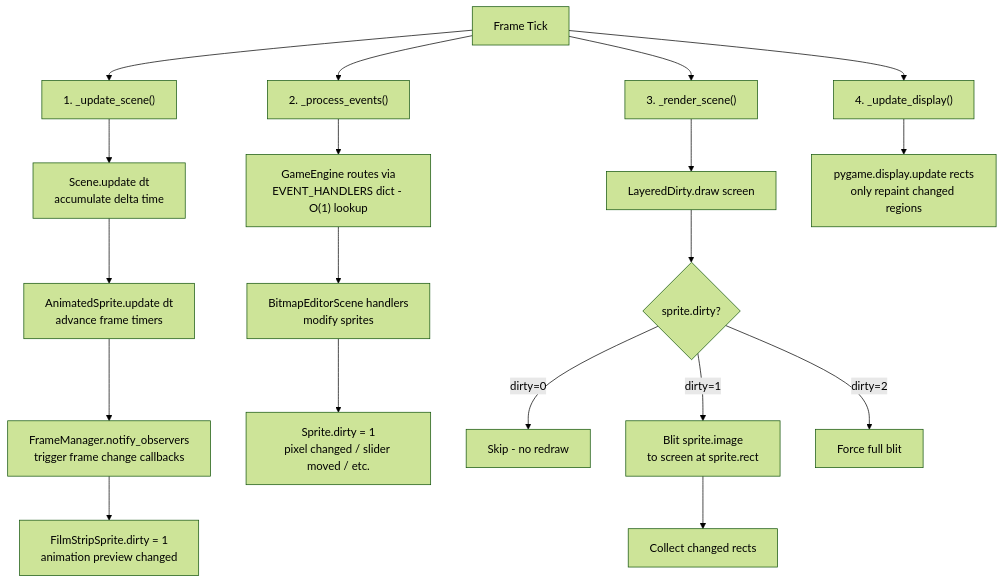
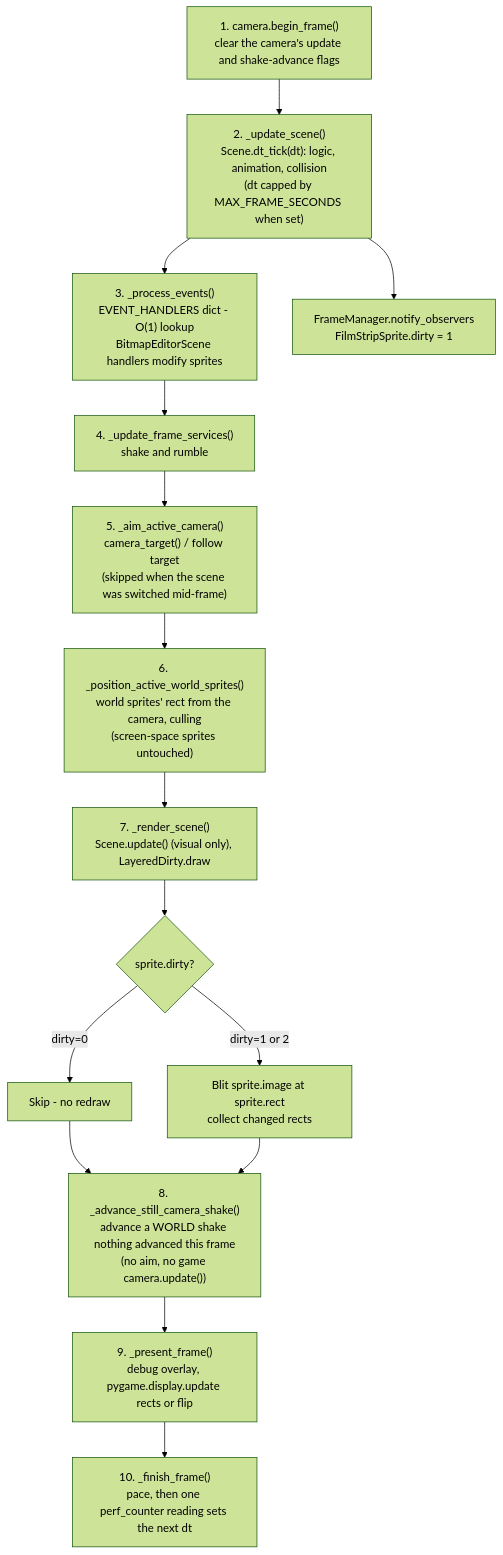
Before and after one commit to terrysimons/glitchygames: the fifth of 8 diagrams in BITMAPPY_ARCHITECTURE.md, drawn with Mermaid (forest theme). The commit also changed other lines of this file and 95 other files, not shown here.

Commit message:
Engine world space, end-of-frame timing, and event/randomness fixes (#94)

````diff
--- a/BITMAPPY_ARCHITECTURE.md
+++ b/BITMAPPY_ARCHITECTURE.md
@@ -232,24 +240,18 @@
 ```mermaid
 flowchart TD
-    TICK["Frame Tick"] --> UPDATE["1. _update_scene()"]
-    UPDATE --> DT["Scene.update dt\naccumulate delta time"]
-    DT --> ANIM["AnimatedSprite.update dt\nadvance frame timers"]
-    ANIM --> FM["FrameManager.notify_observers\ntrigger frame change callbacks"]
-    FM --> DIRTY1["FilmStripSprite.dirty = 1\nanimation preview changed"]
-
-    TICK --> EVENTS["2. _process_events()"]
-    EVENTS --> ROUTE["GameEngine routes via\nEVENT_HANDLERS dict - O(1) lookup"]
-    ROUTE --> HANDLER["BitmapEditorScene handlers\nmodify sprites"]
-    HANDLER --> DIRTY2["Sprite.dirty = 1\npixel changed / slider moved / etc."]
-
-    TICK --> RENDER["3. _render_scene()"]
-    RENDER --> LDG["LayeredDirty.draw screen"]
-    LDG --> CHECK{"sprite.dirty?"}
+    BEGIN["1. camera.begin_frame()\nclear the camera's update and shake-advance flags"] --> LOGIC
+    LOGIC["2. _update_scene()\nScene.dt_tick(dt): logic, animation, collision\n(dt capped by MAX_FRAME_SECONDS when set)"] --> EVENTS
+    LOGIC --> FM["FrameManager.notify_observers\nFilmStripSprite.dirty = 1"]
+    EVENTS["3. _process_events()\nEVENT_HANDLERS dict - O(1) lookup\nBitmapEditorScene handlers modify sprites"] --> SERVICES
+    SERVICES["4. _update_frame_services()\nshake and rumble"] --> AIM
+    AIM["5. _aim_active_camera()\ncamera_target() / follow target\n(skipped when the scene was switched mid-frame)"] --> POSITION
+    POSITION["6. _position_active_world_sprites()\nworld sprites' rect from the camera, culling\n(screen-space sprites untouched)"] --> RENDER
+    RENDER["7. _render_scene()\nScene.update() (visual only), LayeredDirty.draw"] --> CHECK{"sprite.dirty?"}
     CHECK -->|"dirty=0"| SKIP["Skip - no redraw"]
-    CHECK -->|"dirty=1"| REDRAW["Blit sprite.image\nto screen at sprite.rect"]
-    CHECK -->|"dirty=2"| FORCE["Force full blit"]
-    REDRAW --> RECTS["Collect changed rects"]
-
-    TICK --> DISPLAY["4. _update_display()"]
-    DISPLAY --> PUPDATE["pygame.display.update rects\nonly repaint changed regions"]
+    CHECK -->|"dirty=1 or 2"| REDRAW["Blit sprite.image at sprite.rect\ncollect changed rects"]
+    SKIP --> STILL
+    REDRAW --> STILL
+    STILL["8. _advance_still_camera_shake()\nadvance a WORLD shake nothing advanced this frame\n(no aim, no game camera.update())"] --> PRESENT
+    PRESENT["9. _present_frame()\ndebug overlay, pygame.display.update rects or flip"] --> FINISH
+    FINISH["10. _finish_frame()\npace, then one perf_counter reading sets the next dt"]
 ```
````
